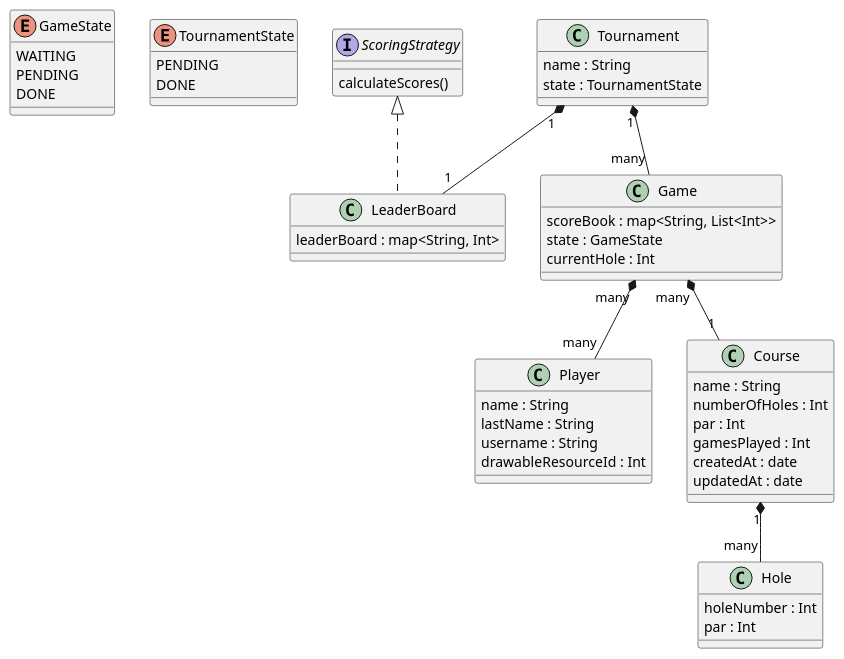
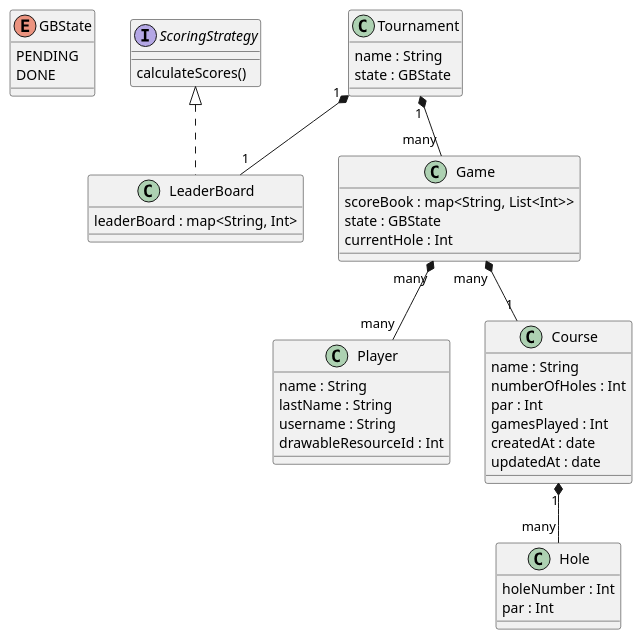
Before and after one commit to MindeurFou/golfbook-backend: the diagram in doc/class_diagram.puml, drawn with PlantUML. The commit also changed 20 other files, not shown here.

```diff
--- a/doc/class_diagram.puml
+++ b/doc/class_diagram.puml
@@ -1,63 +1,57 @@
 @startuml
 'https://plantuml.com/class-diagram
 
-enum GameState {
-    WAITING
-    PENDING
-    DONE
-}
-
-enum TournamentState {
+enum GBState {
     PENDING
     DONE
 }
 
 class Player {
     name : String
     lastName : String
     username : String
     drawableResourceId : Int
 }
 
 interface ScoringStrategy {
     calculateScores()
 }
 
 class LeaderBoard {
     leaderBoard : map<String, Int>
 }
 
 class Tournament {
     name : String
-    state : TournamentState
+    state : GBState
 }
 
 class Game {
     scoreBook : map<String, List<Int>>
-    state : GameState
+    state : GBState
     currentHole : Int
 }
 
 class Course {
     name : String
     numberOfHoles : Int
     par : Int
     gamesPlayed : Int
     createdAt : date
     updatedAt : date
 }
 
 class Hole {
     holeNumber : Int
     par : Int
 }
 
 Course "1" *-- "many" Hole
 Game "many" *-- "many" Player
 Game "many" *-- "1" Course
 Tournament "1" *-- "many" Game
 Tournament "1" *-- "1" LeaderBoard
 ScoringStrategy <|.. LeaderBoard
 
 
 @enduml
```
